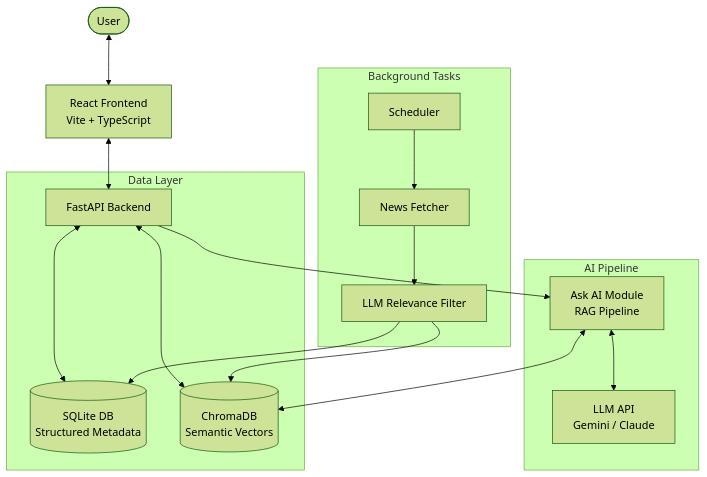
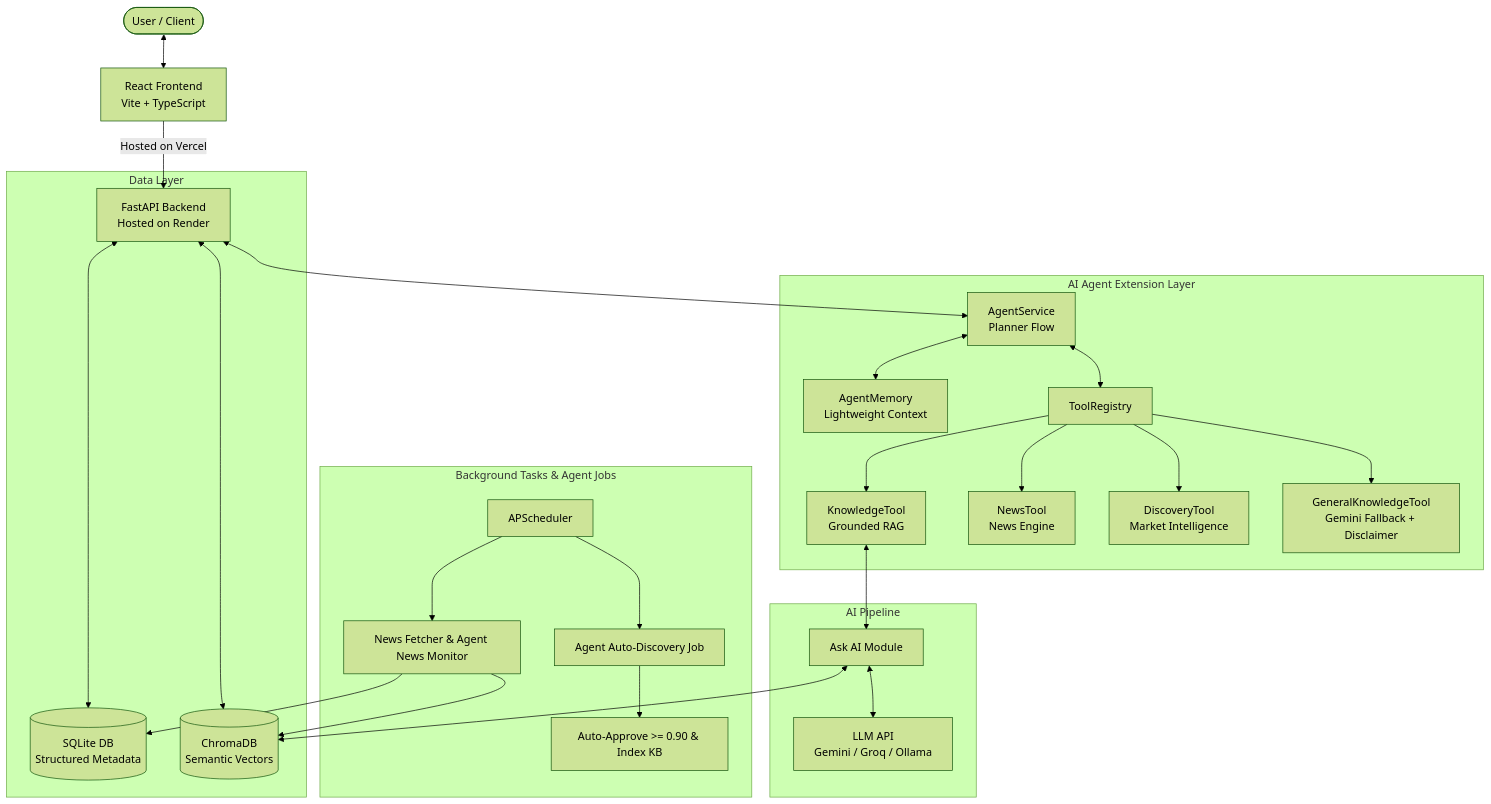
One commit to ubayyefromgit/AI-Atlas changed the diagram in README.md. Above: the diagram before and after it, drawn with Mermaid (forest theme). The commit also changed other lines of this file, not shown here.

Commit message:
Update README.md architecture diagram and features list

````diff
--- a/README.md
+++ b/README.md
@@ -362,23 +362,34 @@
 ```mermaid
 flowchart TD
-    User([User]) <--> Frontend[React Frontend<br/>Vite + TypeScript]
-    Frontend <--> API[FastAPI Backend]
+    User([User / Client]) <--> Frontend[React Frontend<br/>Vite + TypeScript]
+    Frontend -- "Hosted on Vercel" --> API[FastAPI Backend<br/>Hosted on Render]
     
     subgraph Data Layer
         API <--> SQL[(SQLite DB<br/>Structured Metadata)]
         API <--> Vector[(ChromaDB<br/>Semantic Vectors)]
     end
+
+    subgraph AI Agent Extension Layer
+        API <--> AgentService[AgentService<br/>Planner Flow]
+        AgentService <--> Memory[AgentMemory<br/>Lightweight Context]
+        AgentService <--> Registry[ToolRegistry]
+        Registry --> KnowledgeTool[KnowledgeTool<br/>Grounded RAG]
+        Registry --> NewsTool[NewsTool<br/>News Engine]
+        Registry --> DiscTool[DiscoveryTool<br/>Market Intelligence]
+        Registry --> GKTool[GeneralKnowledgeTool<br/>Gemini Fallback + Disclaimer]
+    end
     
     subgraph AI Pipeline
-        API --> RAG[Ask AI Module<br/>RAG Pipeline]
-        RAG <--> LLM[LLM API<br/>Gemini / Claude]
+        KnowledgeTool <--> RAG[Ask AI Module]
+        RAG <--> LLM[LLM API<br/>Gemini / Groq / Ollama]
         RAG <--> Vector
     end
     
-    subgraph Background Tasks
-        Cron[Scheduler] --> Fetch[News Fetcher]
-        Fetch --> LLMFilter[LLM Relevance Filter]
-        LLMFilter --> SQL
-        LLMFilter --> Vector
+    subgraph Background Tasks & Agent Jobs
+        Cron[APScheduler] --> Fetch[News Fetcher & Agent News Monitor]
+        Cron --> AutoDisc[Agent Auto-Discovery Job]
+        Fetch --> SQL
+        Fetch --> Vector
+        AutoDisc --> AutoApprove[Auto-Approve >= 0.90 & Index KB]
     end
 ```
````
